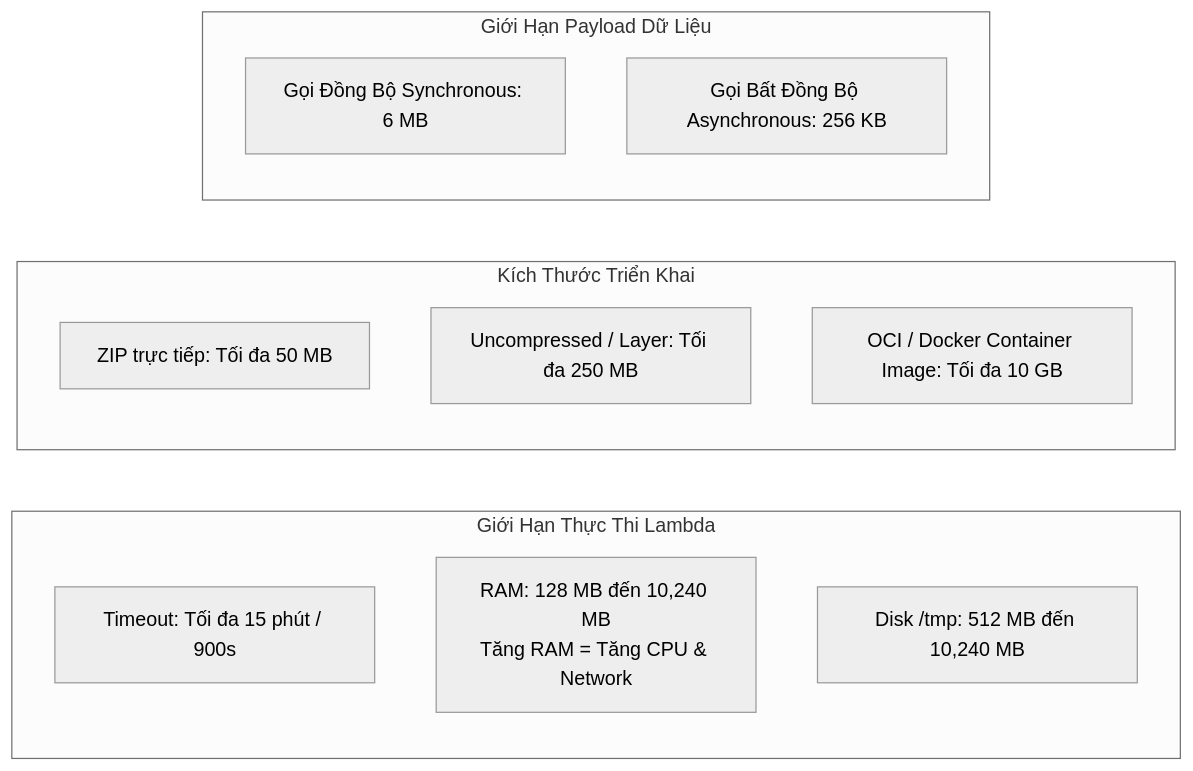
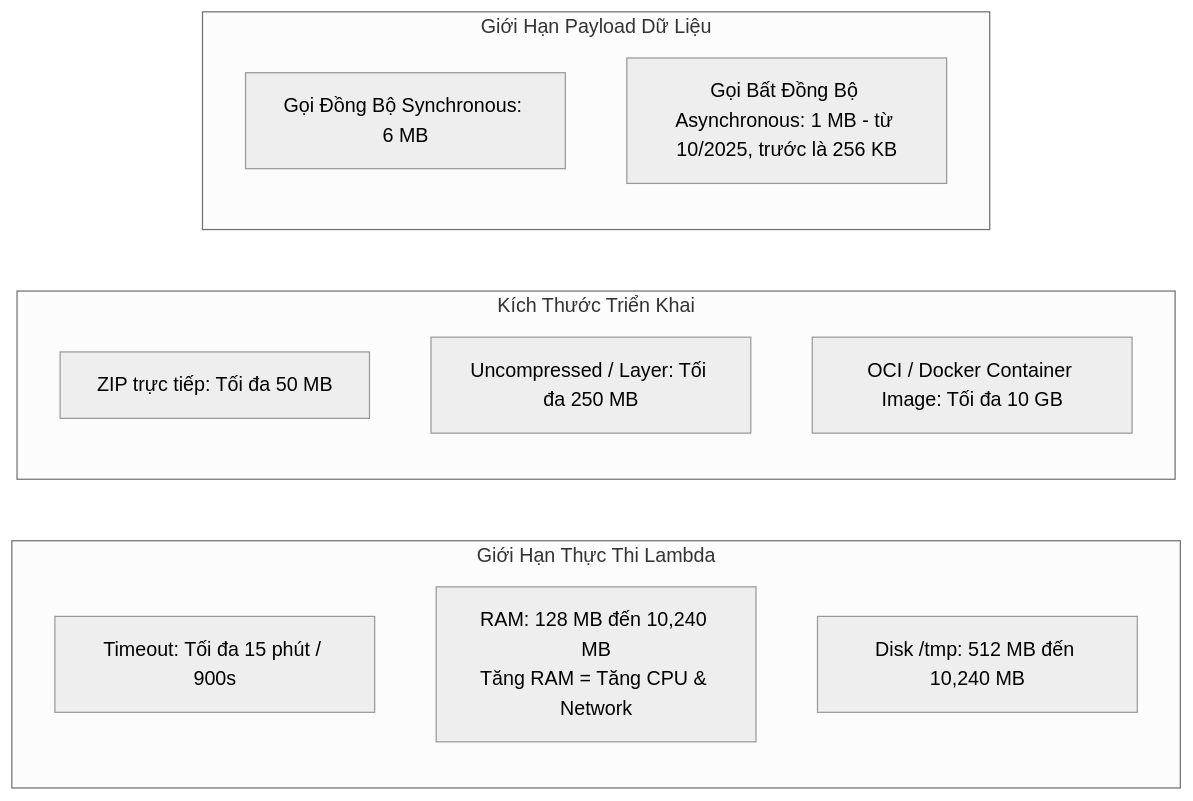
One commit to nhatphanhk/AWS_XBrain_Note changed the first of 5 diagrams in AWS_Services/Lambda_Serverless_Architecture.md. Above: the diagram before and after it, drawn with Mermaid (neutral theme). The commit also changed other lines of this file and 37 other files, not shown here.

````diff
--- a/AWS_Services/Lambda_Serverless_Architecture.md
+++ b/AWS_Services/Lambda_Serverless_Architecture.md
@@ -25,19 +25,19 @@
 ```mermaid
 flowchart LR
     subgraph ExecutionLimits[Giới Hạn Thực Thi Lambda]
         T[Timeout: Tối đa 15 phút / 900s]
         M[RAM: 128 MB đến 10,240 MB\nTăng RAM = Tăng CPU & Network]
         D[Disk /tmp: 512 MB đến 10,240 MB]
     end
 
     subgraph PackagingLimits[Kích Thước Triển Khai]
         Z[ZIP trực tiếp: Tối đa 50 MB]
         U[Uncompressed / Layer: Tối đa 250 MB]
         C[OCI / Docker Container Image: Tối đa 10 GB]
     end
 
     subgraph PayloadLimits[Giới Hạn Payload Dữ Liệu]
         Sync[Gọi Đồng Bộ Synchronous: 6 MB]
-        Async[Gọi Bất Đồng Bộ Asynchronous: 256 KB]
+        Async[Gọi Bất Đồng Bộ Asynchronous: 1 MB - từ 10/2025, trước là 256 KB]
     end
 ```
````
